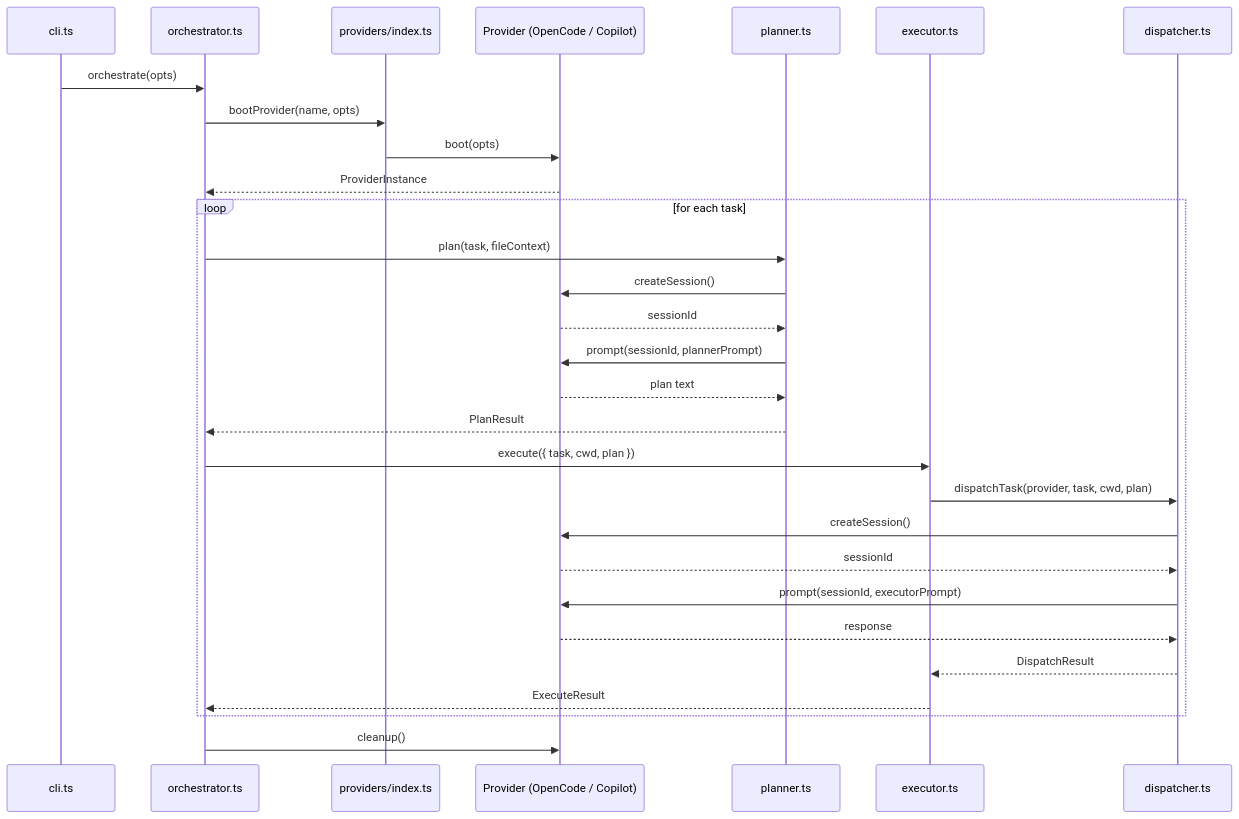
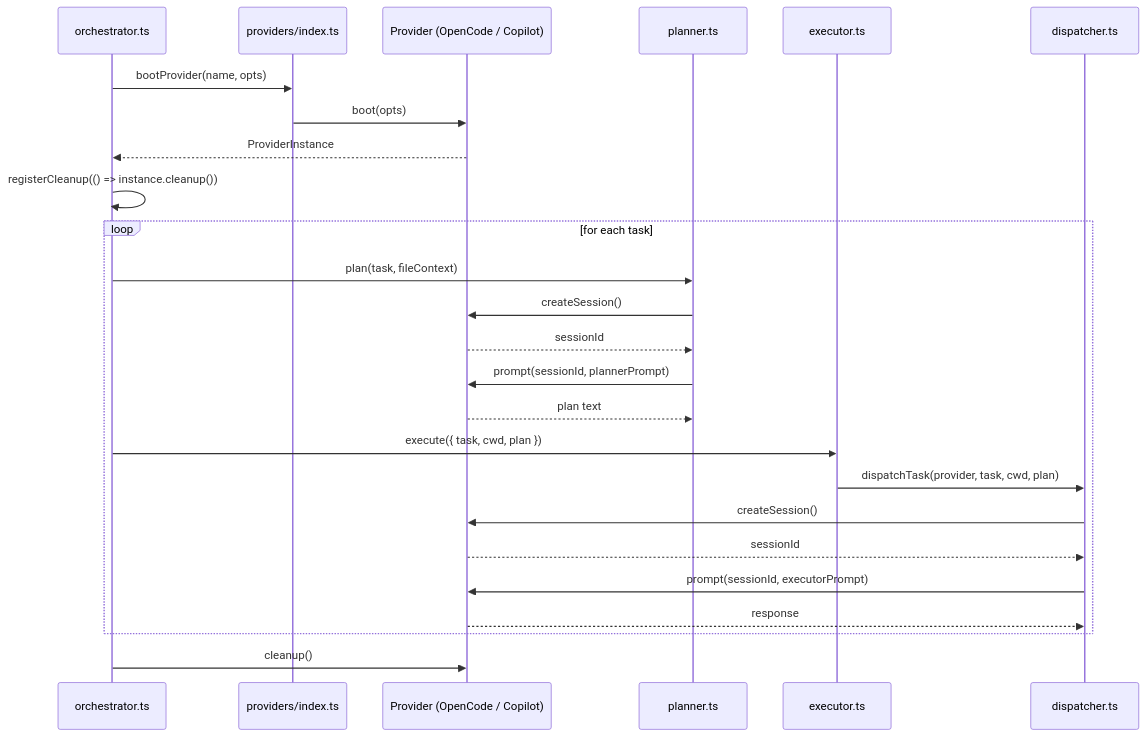
The sixth of 6 diagrams in docs/architecture.md (PatrickRuddiman/Dispatch), drawn with Mermaid before and after one commit. The commit also changed other lines of this file and 37 other files, not shown here.

````diff
--- a/docs/architecture.md
+++ b/docs/architecture.md
@@ -229,35 +239,31 @@
 ```mermaid
 sequenceDiagram
-    participant CLI as cli.ts
     participant Orch as orchestrator.ts
     participant Reg as providers/index.ts
     participant Prov as Provider (OpenCode / Copilot)
     participant Plan as planner.ts
     participant Exec as executor.ts
     participant Disp as dispatcher.ts
 
-    CLI->>Orch: orchestrate(opts)
     Orch->>Reg: bootProvider(name, opts)
     Reg->>Prov: boot(opts)
     Prov-->>Orch: ProviderInstance
+    Orch->>Orch: registerCleanup(() => instance.cleanup())
 
     loop for each task
         Orch->>Plan: plan(task, fileContext)
         Plan->>Prov: createSession()
         Prov-->>Plan: sessionId
         Plan->>Prov: prompt(sessionId, plannerPrompt)
         Prov-->>Plan: plan text
-        Plan-->>Orch: PlanResult
 
         Orch->>Exec: execute({ task, cwd, plan })
         Exec->>Disp: dispatchTask(provider, task, cwd, plan)
         Disp->>Prov: createSession()
         Prov-->>Disp: sessionId
         Disp->>Prov: prompt(sessionId, executorPrompt)
         Prov-->>Disp: response
-        Disp-->>Exec: DispatchResult
-        Exec-->>Orch: ExecuteResult
     end
 
     Orch->>Prov: cleanup()
 ```
````
